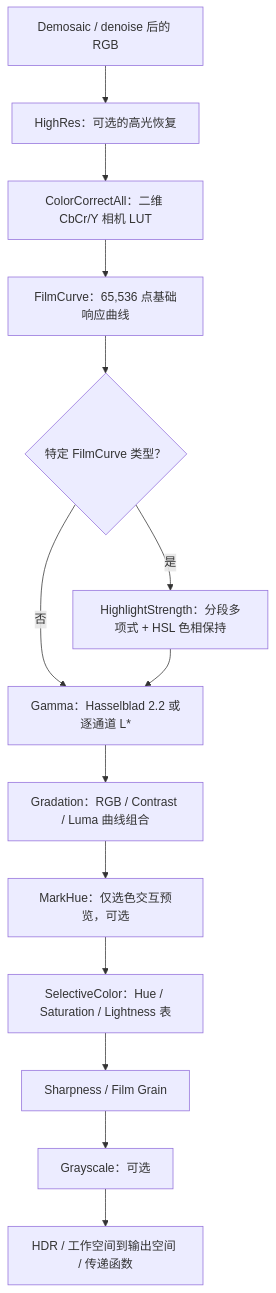
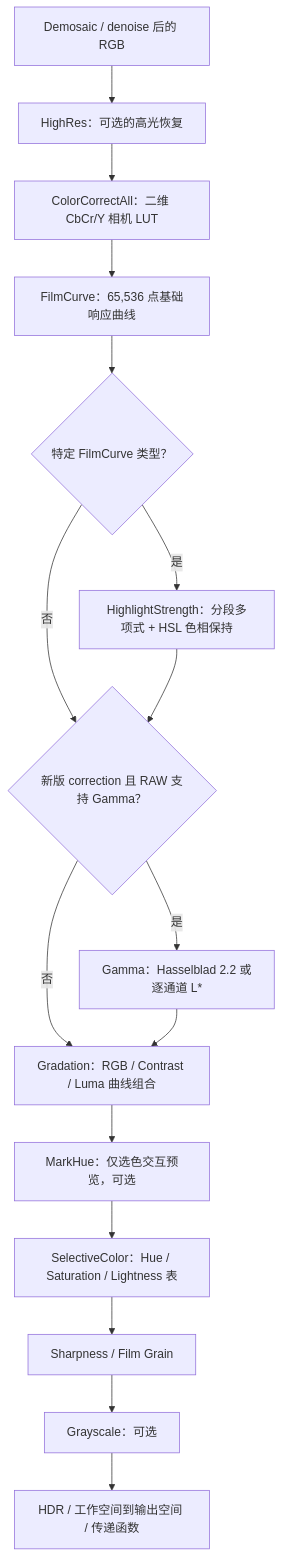
The diagram in research/phocus_glsl/04_color_tone/README.md (bjzhou/PhotonCamera), drawn with Mermaid before and after one commit. The commit also changed other lines of this file and 64 other files, not shown here.

````diff
--- a/research/phocus_glsl/04_color_tone/README.md
+++ b/research/phocus_glsl/04_color_tone/README.md
@@ -24,16 +24,18 @@
 ```mermaid
 flowchart TD
     A["Demosaic / denoise 后的 RGB"] --> B["HighRes：可选的高光恢复"]
     B --> C["ColorCorrectAll：二维 CbCr/Y 相机 LUT"]
     C --> D["FilmCurve：65,536 点基础响应曲线"]
     D --> E{"特定 FilmCurve 类型？"}
     E -- 是 --> F["HighlightStrength：分段多项式 + HSL 色相保持"]
-    E -- 否 --> G["Gamma：Hasselblad 2.2 或逐通道 L*"]
+    E -- 否 --> G{"新版 correction 且 RAW 支持 Gamma？"}
     F --> G
-    G --> H["Gradation：RGB / Contrast / Luma 曲线组合"]
-    H --> I["MarkHue：仅选色交互预览，可选"]
-    I --> J["SelectiveColor：Hue / Saturation / Lightness 表"]
-    J --> K["Sharpness / Film Grain"]
-    K --> L["Grayscale：可选"]
-    L --> M["HDR / 工作空间到输出空间 / 传递函数"]
+    G -- 是 --> H["Gamma：Hasselblad 2.2 或逐通道 L*"]
+    G -- 否 --> I["Gradation：RGB / Contrast / Luma 曲线组合"]
+    H --> I
+    I --> J["MarkHue：仅选色交互预览，可选"]
+    J --> K["SelectiveColor：Hue / Saturation / Lightness 表"]
+    K --> L["Sharpness / Film Grain"]
+    L --> M["Grayscale：可选"]
+    M --> N["HDR / 工作空间到输出空间 / 传递函数"]
 ```
````
